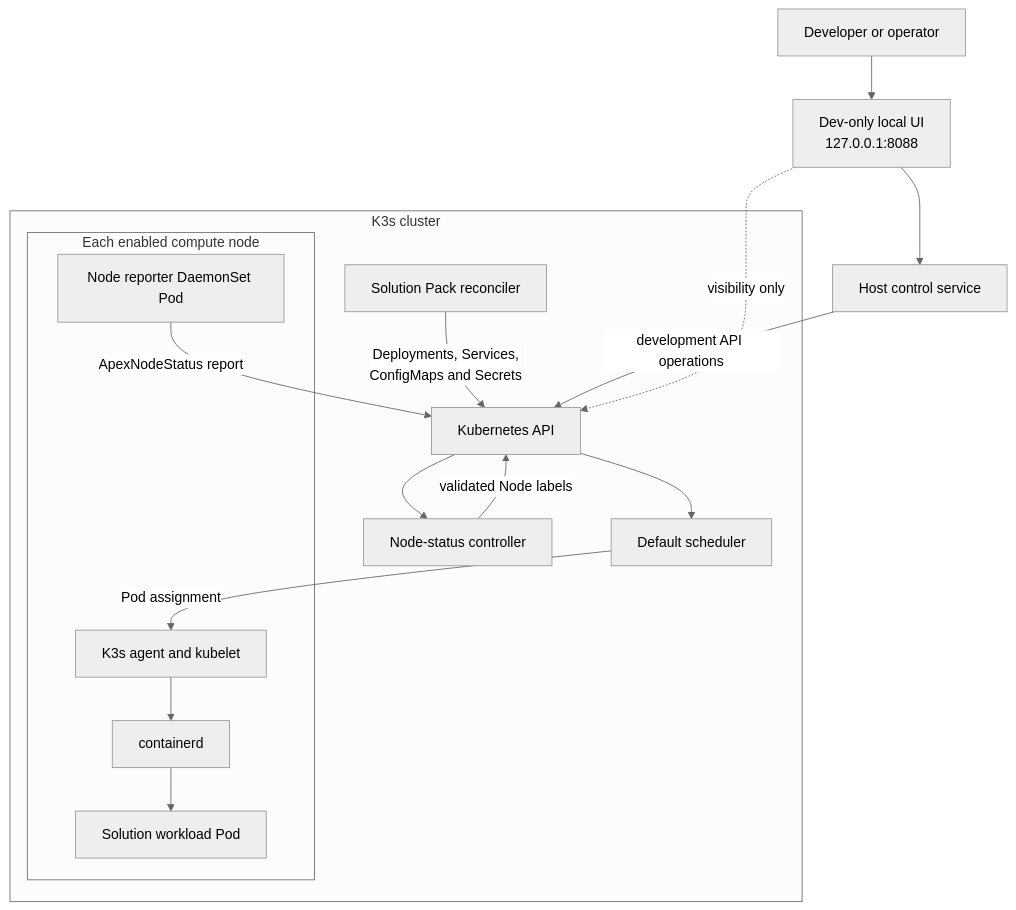
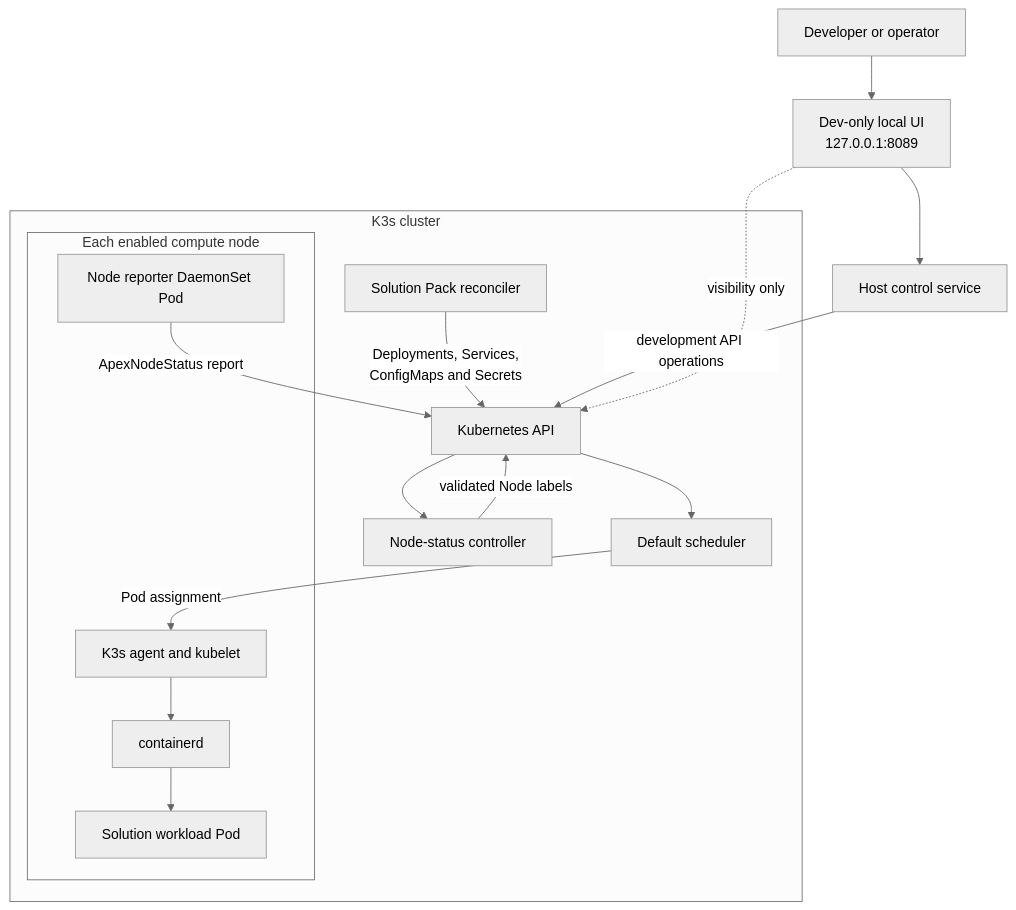
One commit to sayandip-apexflo/tvt-prototype changed the first of 11 diagrams in APEXFABRIC_ARCHITECTURE.md. Above: the diagram before and after it, drawn with Mermaid (neutral theme). The commit also changed 105 other files, not shown here.

````diff
--- a/APEXFABRIC_ARCHITECTURE.md
+++ b/APEXFABRIC_ARCHITECTURE.md
@@ -55,31 +55,31 @@
 ```mermaid
 flowchart TB
-    User[Developer or operator] --> UI[Dev-only local UI<br/>127.0.0.1:8088]
+    User[Developer or operator] --> UI[Dev-only local UI<br/>127.0.0.1:8089]
     UI --> HostControl[Host control service]
 
     subgraph Cluster[K3s cluster]
         API[Kubernetes API]
         Scheduler[Default scheduler]
         NodeController[Node-status controller]
         Reconciler[Solution Pack reconciler]
 
         subgraph Compute[Each enabled compute node]
             Reporter[Node reporter DaemonSet Pod]
             Kubelet[K3s agent and kubelet]
             Runtime[containerd]
             Workload[Solution workload Pod]
         end
 
         Reporter -->|ApexNodeStatus report| API
         API --> NodeController
         NodeController -->|validated Node labels| API
         Reconciler -->|Deployments, Services,<br/>ConfigMaps and Secrets| API
         API --> Scheduler
         Scheduler -->|Pod assignment| Kubelet
         Kubelet --> Runtime
         Runtime --> Workload
     end
 
     HostControl -->|development API operations| API
     UI -. visibility only .-> API
 ```
````
